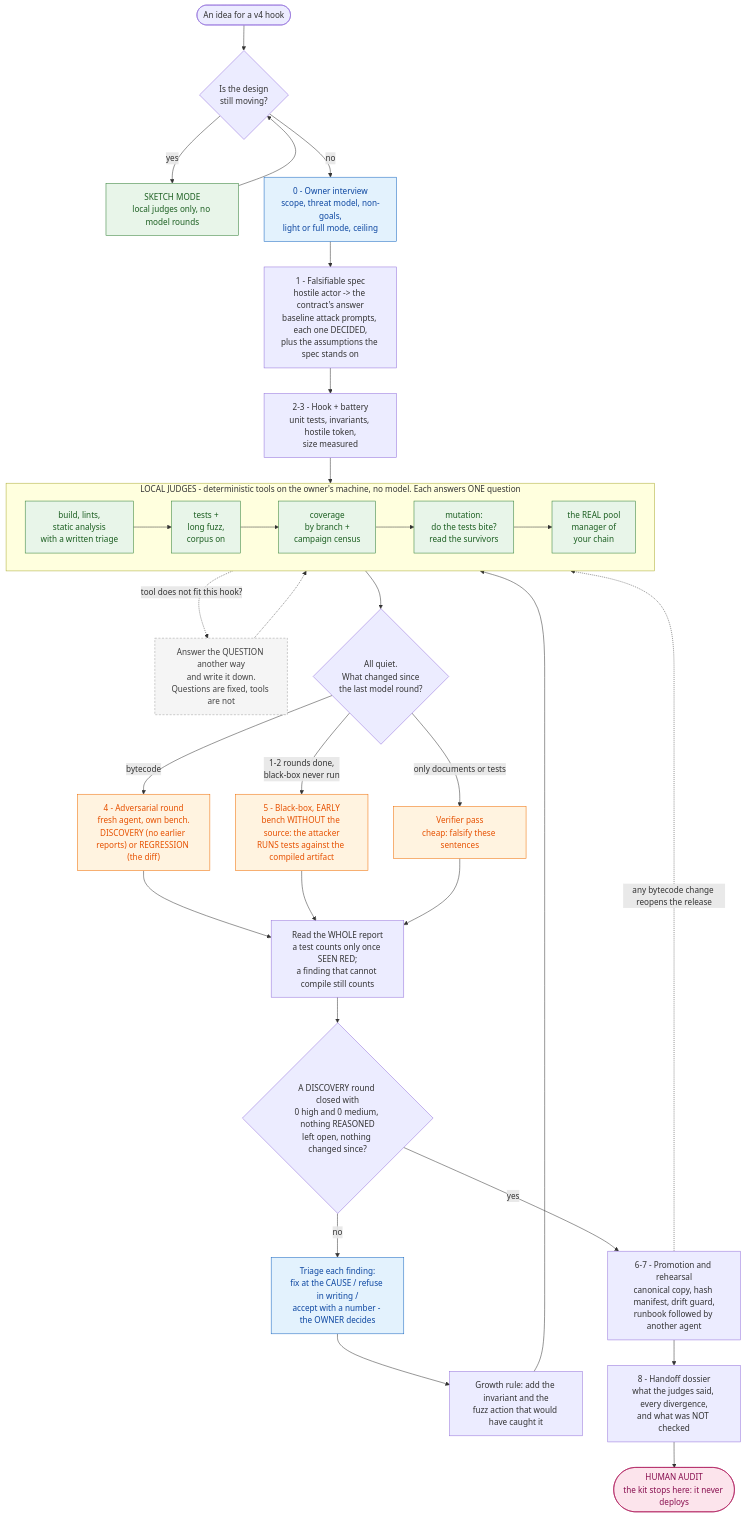
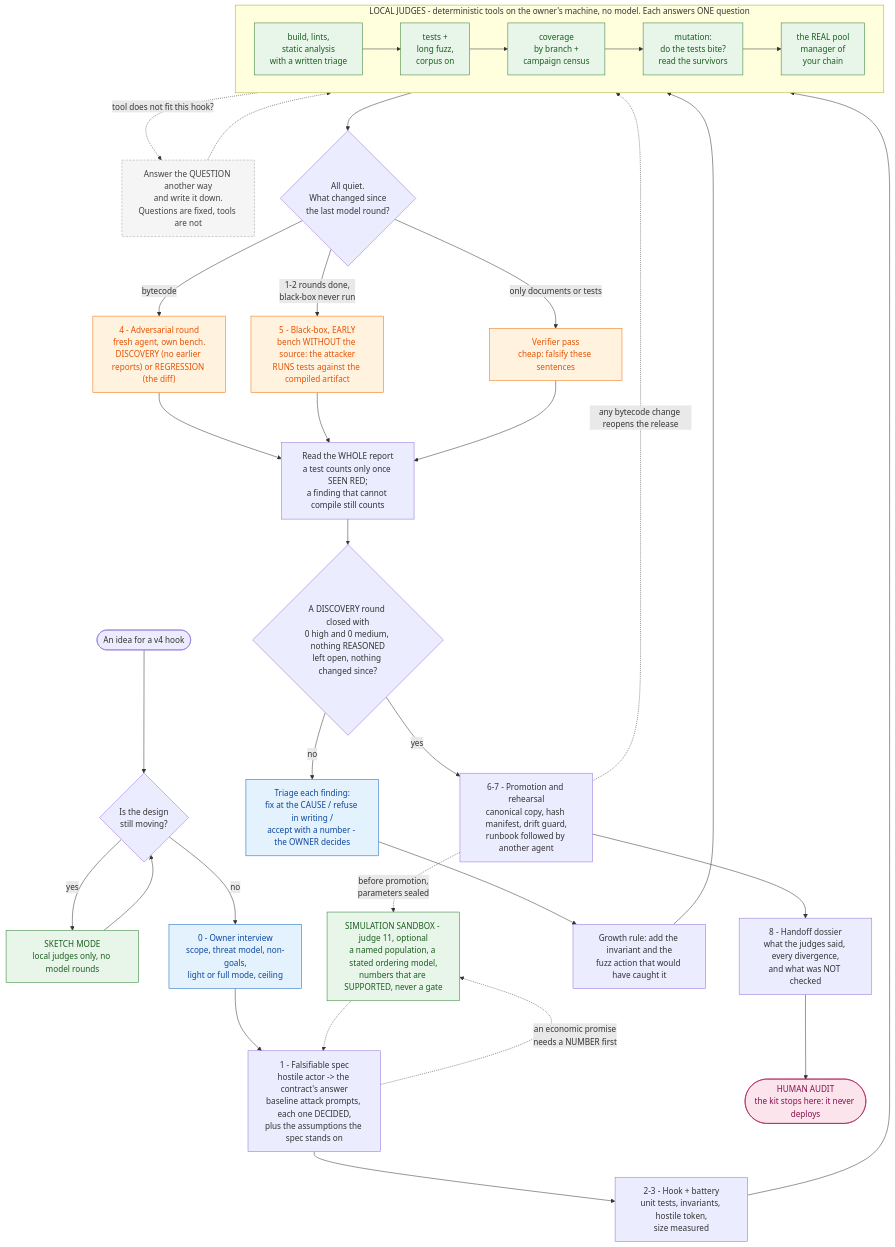
One commit to cortssa/hook-gauntlet changed the diagram in README.md. Above: the diagram before and after it, drawn with Mermaid. The commit also changed other lines of this file and 2 other files, not shown here.

First line of the commit message:
Doctrine: the sandbox is the eleventh judge; four rules and four lies it taught when bound to a real system

````diff
--- a/README.md
+++ b/README.md
@@ -43,48 +43,51 @@
 ```mermaid
 flowchart TD
     IDEA(["An idea for a v4 hook"]) --> MOVING{"Is the design<br/>still moving?"}
     MOVING -- "yes" --> SKETCH["SKETCH MODE<br/>local judges only, no model rounds"]
     SKETCH --> MOVING
     MOVING -- "no" --> P0["0 - Owner interview<br/>scope, threat model, non-goals,<br/>light or full mode, ceiling"]
     P0 --> P1["1 - Falsifiable spec<br/>hostile actor -> the contract's answer<br/>baseline attack prompts, each one DECIDED,<br/>plus the assumptions the spec stands on"]
     P1 --> P2["2-3 - Hook + battery<br/>unit tests, invariants, hostile token,<br/>size measured"]
     P2 --> LOCAL
 
     subgraph LOCAL["LOCAL JUDGES - deterministic tools on the owner's machine, no model. Each answers ONE question"]
         direction LR
         J1["build, lints,<br/>static analysis<br/>with a written triage"] --> J2["tests +<br/>long fuzz,<br/>corpus on"] --> J3["coverage<br/>by branch +<br/>campaign census"] --> J4["mutation:<br/>do the tests bite?<br/>read the survivors"] --> J5["the REAL pool<br/>manager of<br/>your chain"]
     end
 
+    P1 -. "an economic promise<br/>needs a NUMBER first" .-> SIM["SIMULATION SANDBOX - judge 11, optional<br/>a named population, a stated ordering model,<br/>numbers that are SUPPORTED, never a gate"]
+    P6 -. "before promotion,<br/>parameters sealed" .-> SIM
+    SIM -.-> P1
     LOCAL -. "tool does not fit this hook?" .-> DIV["Answer the QUESTION another way<br/>and write it down.<br/>Questions are fixed, tools are not"]
     DIV -.-> LOCAL
 
     LOCAL --> WHAT{"All quiet.<br/>What changed since<br/>the last model round?"}
     WHAT -- "bytecode" --> ROUND["4 - Adversarial round<br/>fresh agent, own bench.<br/>DISCOVERY (no earlier reports) or REGRESSION (the diff)"]
     WHAT -- "1-2 rounds done,<br/>black-box never run" --> BB["5 - Black-box, EARLY<br/>bench WITHOUT the source: the attacker<br/>RUNS tests against the compiled artifact"]
     WHAT -- "only documents or tests" --> VER["Verifier pass<br/>cheap: falsify these sentences"]
 
     ROUND --> READ["Read the WHOLE report<br/>a test counts only once SEEN RED;<br/>a finding that cannot compile still counts"]
     BB --> READ
     VER --> READ
 
     READ --> CLEAN{"A DISCOVERY round closed with<br/>0 high and 0 medium, nothing REASONED<br/>left open, nothing changed since?"}
     CLEAN -- "no" --> TRIAGE["Triage each finding:<br/>fix at the CAUSE / refuse in writing /<br/>accept with a number - the OWNER decides"]
     TRIAGE --> GROW["Growth rule: add the invariant and the<br/>fuzz action that would have caught it"]
     GROW --> LOCAL
 
     CLEAN -- "yes" --> P6["6-7 - Promotion and rehearsal<br/>canonical copy, hash manifest, drift guard,<br/>runbook followed by another agent"]
     P6 --> P8["8 - Handoff dossier<br/>what the judges said, every divergence,<br/>and what was NOT checked"]
     P8 --> HUMAN(["HUMAN AUDIT<br/>the kit stops here: it never deploys"])
     P6 -. "any bytecode change reopens the release" .-> LOCAL
 
     classDef local fill:#e8f5e9,stroke:#2e7d32,color:#1b5e20
     classDef model fill:#fff3e0,stroke:#ef6c00,color:#e65100
     classDef owner fill:#e3f2fd,stroke:#1565c0,color:#0d47a1
     classDef stop fill:#fce4ec,stroke:#ad1457,color:#880e4f
     classDef note fill:#f5f5f5,stroke:#9e9e9e,color:#424242,stroke-dasharray: 4 3
-    class SKETCH,J1,J2,J3,J4,J5 local
+    class SKETCH,J1,J2,J3,J4,J5,SIM local
     class ROUND,BB,VER model
     class P0,TRIAGE owner
     class HUMAN stop
     class DIV note
 ```
````
